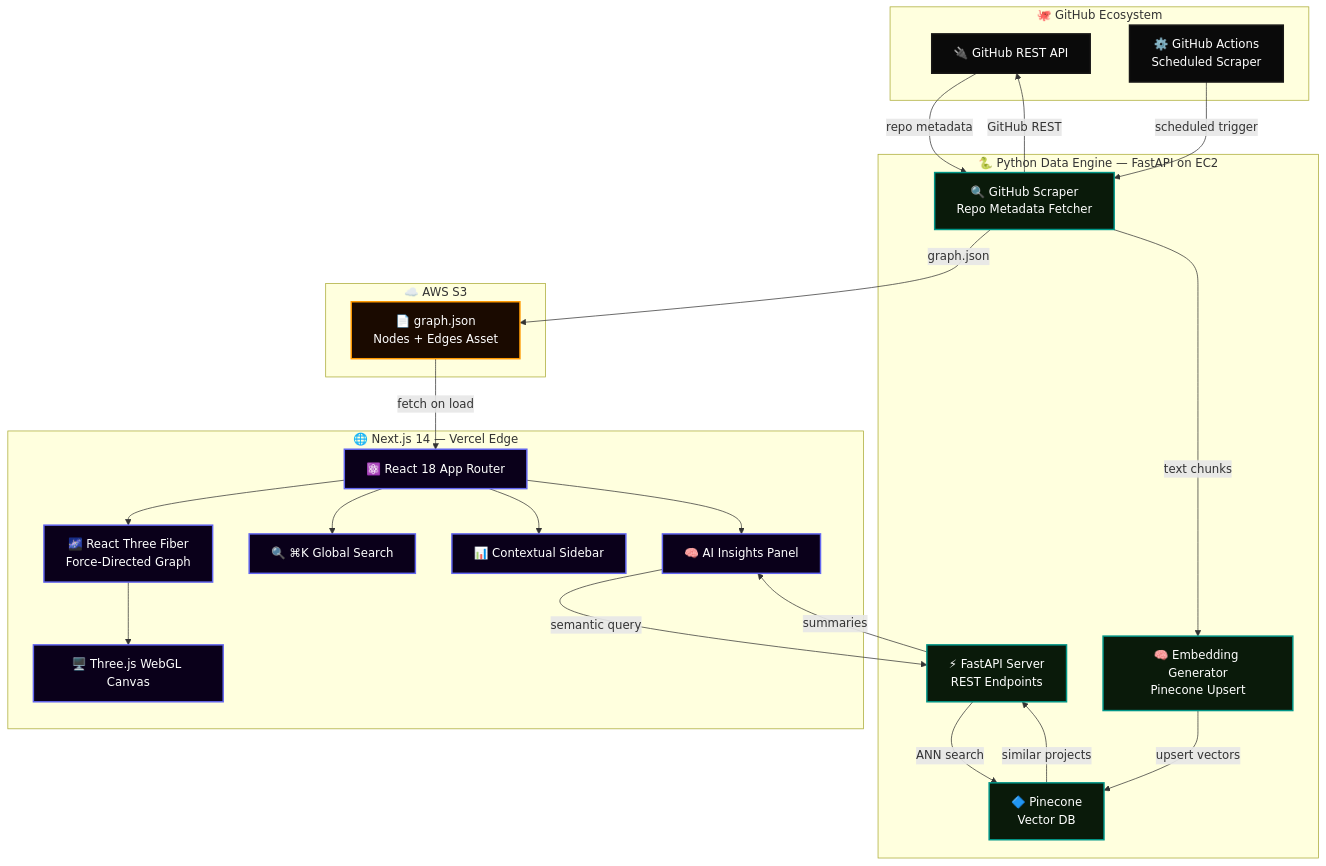
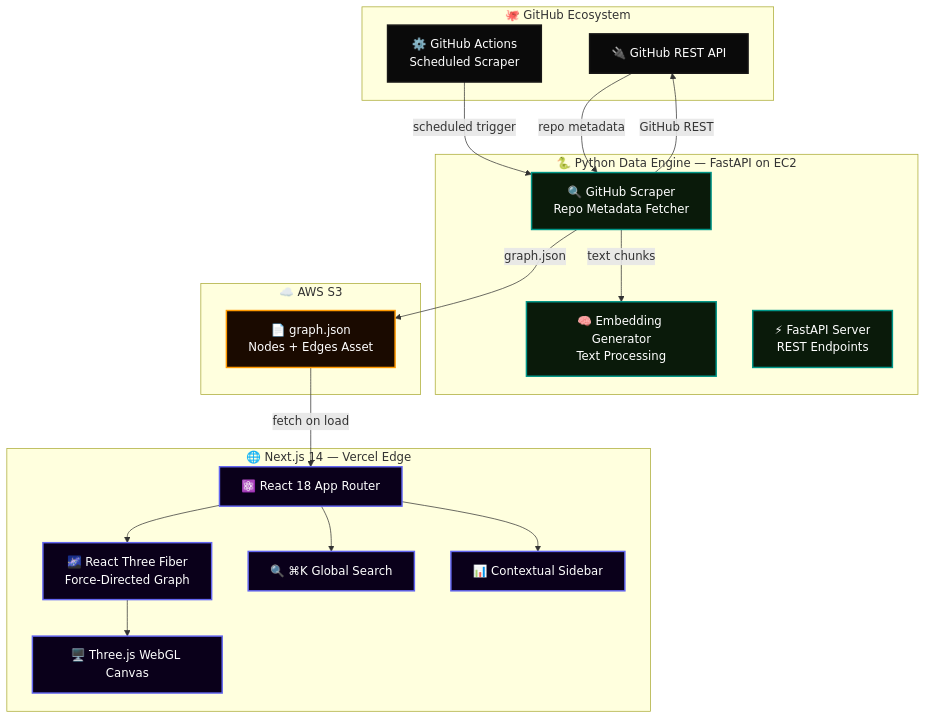
The first of 3 diagrams in README.md (salonyranjan/neural-portfolio), drawn with Mermaid before and after one commit. The commit also changed other lines of this file, not shown here.

First line of the commit message:
Remove Pinecone AI insights and related content

````diff
--- a/README.md
+++ b/README.md
@@ -218,55 +205,46 @@
 ```mermaid
 graph TD
     subgraph GitHub ["🐙 GitHub Ecosystem"]
         GH_API[🔌 GitHub REST API]
         GH_ACT[⚙️ GitHub Actions<br/>Scheduled Scraper]
     end
 
     subgraph Backend ["🐍 Python Data Engine — FastAPI on EC2"]
         SCRAPER[🔍 GitHub Scraper<br/>Repo Metadata Fetcher]
-        EMBED[🧠 Embedding Generator<br/>Pinecone Upsert]
+        EMBED[🧠 Embedding Generator<br/>Text Processing]
         API[⚡ FastAPI Server<br/>REST Endpoints]
-        PINE[🔷 Pinecone<br/>Vector DB]
     end
 
     subgraph Storage ["☁️ AWS S3"]
         JSON[📄 graph.json<br/>Nodes + Edges Asset]
     end
 
     subgraph Frontend ["🌐 Next.js 14 — Vercel Edge"]
         APP[⚛️ React 18 App Router]
         R3F[🌌 React Three Fiber<br/>Force-Directed Graph]
         CANVAS[🖥️ Three.js WebGL Canvas]
         SEARCH[🔍 ⌘K Global Search]
         SIDEBAR[📊 Contextual Sidebar]
-        AI_PANEL[🧠 AI Insights Panel]
     end
 
     GH_ACT -->|scheduled trigger| SCRAPER
     SCRAPER -->|GitHub REST| GH_API
     GH_API -->|repo metadata| SCRAPER
     SCRAPER -->|graph.json| JSON
     SCRAPER -->|text chunks| EMBED
-    EMBED -->|upsert vectors| PINE
 
     JSON -->|fetch on load| APP
     APP --> R3F --> CANVAS
     APP --> SEARCH
     APP --> SIDEBAR
-    APP --> AI_PANEL
-
-    AI_PANEL -->|semantic query| API
-    API -->|ANN search| PINE
-    PINE -->|similar projects| API
-    API -->|summaries| AI_PANEL
 
     classDef github fill:#0a0a0a,stroke:#181717,stroke-width:2px,color:#fff;
     classDef backend fill:#0a1a0a,stroke:#009688,stroke-width:2px,color:#fff;
     classDef storage fill:#1a0a00,stroke:#FF9900,stroke-width:2px,color:#fff;
     classDef frontend fill:#0a001a,stroke:#6366f1,stroke-width:2px,color:#fff;
 
     class GH_API,GH_ACT github;
-    class SCRAPER,EMBED,API,PINE backend;
+    class SCRAPER,EMBED,API backend;
     class JSON storage;
-    class APP,R3F,CANVAS,SEARCH,SIDEBAR,AI_PANEL frontend;
+    class APP,R3F,CANVAS,SEARCH,SIDEBAR frontend;
 ```
````
